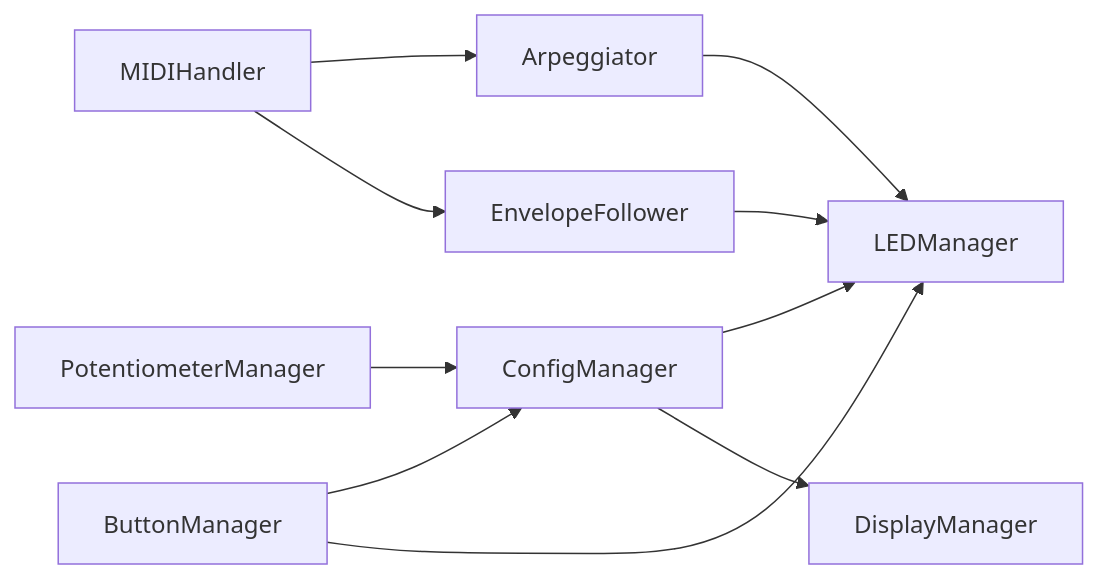
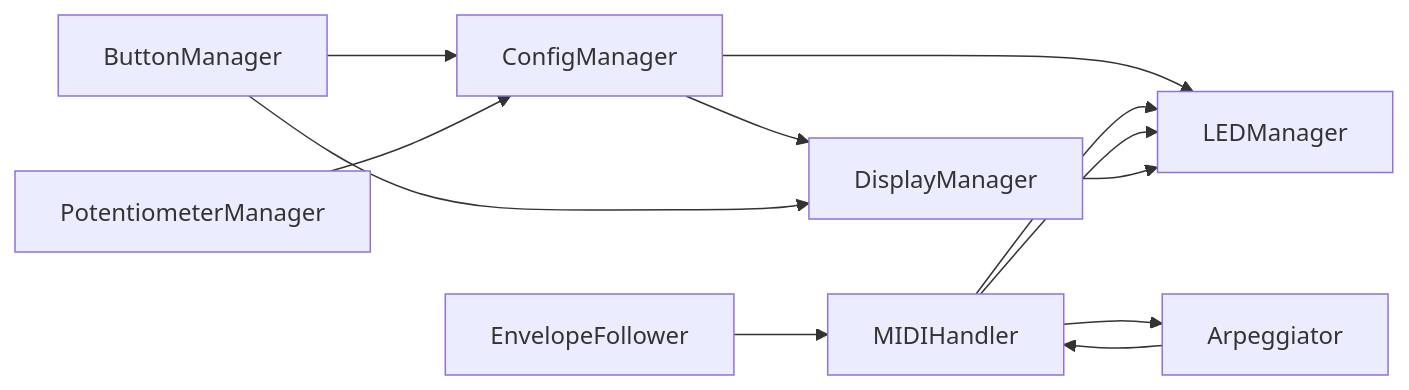
The diagram in firmware/include/README.md (bseverns/MOARkNOBS-42), drawn with Mermaid before and after one commit. The commit also changed other lines of this file, not shown here.

````diff
--- a/firmware/include/README.md
+++ b/firmware/include/README.md
@@ -34,12 +34,11 @@
 ```mermaid
 flowchart LR
     ButtonManager --> ConfigManager
     PotentiometerManager --> ConfigManager
     ConfigManager --> LEDManager
     ConfigManager --> DisplayManager
     MIDIHandler --> Arpeggiator
-    MIDIHandler --> EnvelopeFollower
-    Arpeggiator --> LEDManager
-    EnvelopeFollower --> LEDManager
-    ButtonManager --> LEDManager
+    EnvelopeFollower --> MIDIHandler --> LEDManager
+    Arpeggiator --> MIDIHandler --> LEDManager
+    ButtonManager --> DisplayManager --> LEDManager
 ```
````
